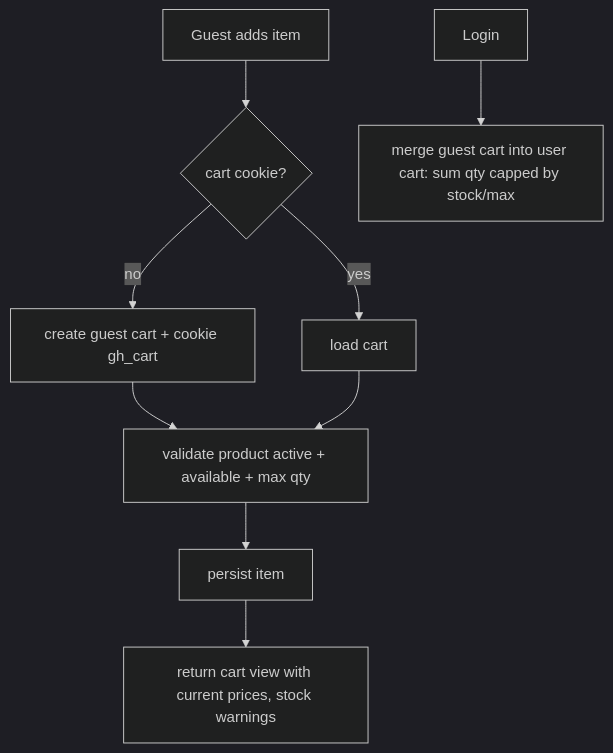
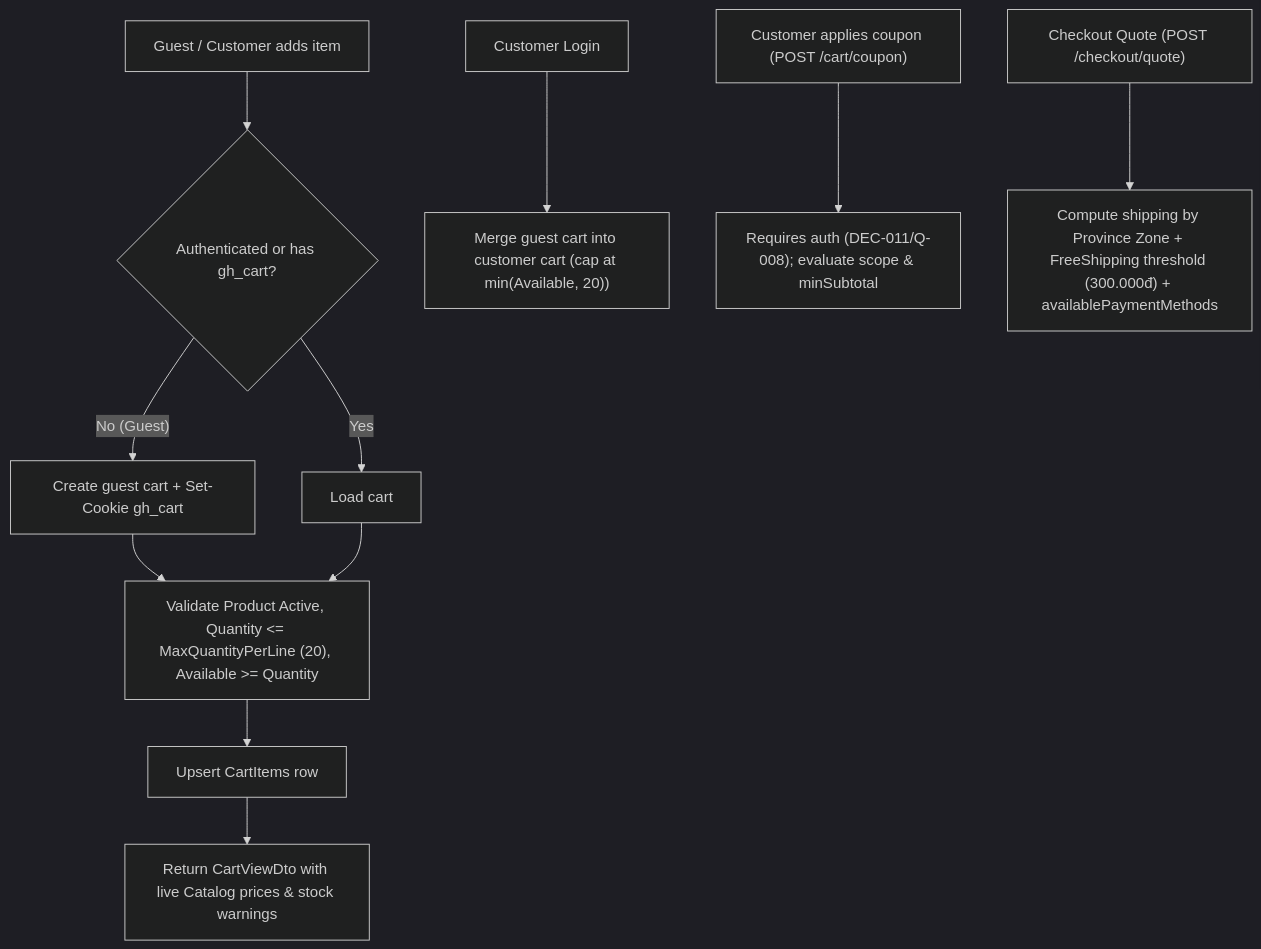
The third of 3 diagrams in docs/spec/05-SYSTEM-ARCHITECTURE.md (dangbinhduongwork-ai/Grocery), drawn with Mermaid (dark theme) before and after one commit. The commit also changed other lines of this file and 11 other files, not shown here.

````diff
--- a/docs/spec/05-SYSTEM-ARCHITECTURE.md
+++ b/docs/spec/05-SYSTEM-ARCHITECTURE.md
@@ -102,11 +141,13 @@
 ```mermaid
 flowchart TD
-  A[Guest adds item] --> B{cart cookie?}
-  B -- no --> C[create guest cart + cookie gh_cart]
-  B -- yes --> D[load cart]
-  C --> E[validate product active + available + max qty]
+  A["Guest / Customer adds item"] --> B{"Authenticated or has gh_cart?"}
+  B -- "No (Guest)" --> C["Create guest cart + Set-Cookie gh_cart"]
+  B -- "Yes" --> D["Load cart"]
+  C --> E["Validate Product Active, Quantity <= MaxQuantityPerLine (20), Available >= Quantity"]
   D --> E
-  E --> F[persist item]
-  F --> G[return cart view with current prices, stock warnings]
-  H[Login] --> I[merge guest cart into user cart: sum qty capped by stock/max]
+  E --> F["Upsert CartItems row"]
+  F --> G["Return CartViewDto with live Catalog prices & stock warnings"]
+  H["Customer Login"] --> I["Merge guest cart into customer cart (cap at min(Available, 20))"]
+  J["Customer applies coupon (POST /cart/coupon)"] --> K["Requires auth (DEC-011/Q-008); evaluate scope & minSubtotal"]
+  L["Checkout Quote (POST /checkout/quote)"] --> M["Compute shipping by Province Zone + FreeShipping threshold (300.000đ) + availablePaymentMethods"]
 ```
````
